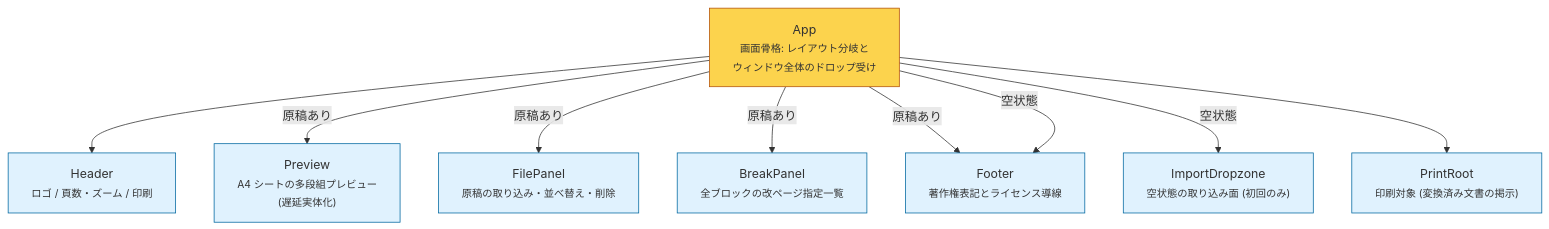
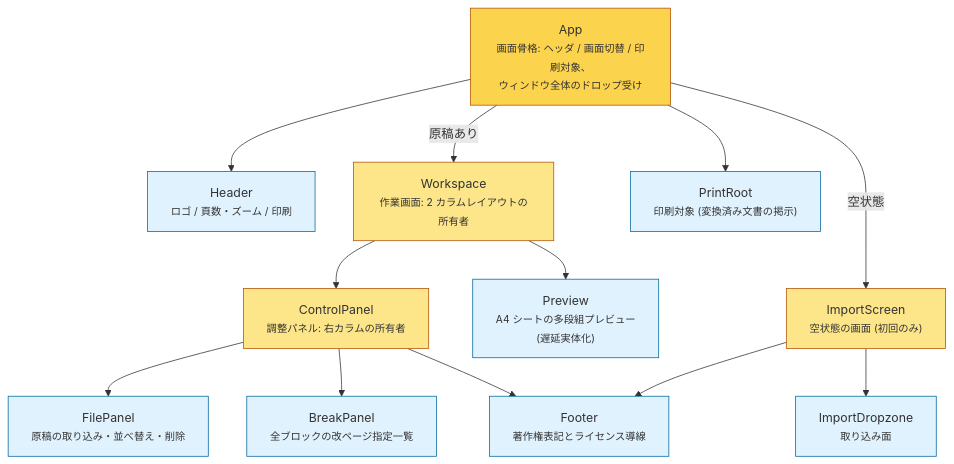
One commit to lacolaco/printmd changed the diagram in docs/component-tree.md. Above: the diagram before and after it, drawn with Mermaid. The commit also changed other lines of this file and 5 other files, not shown here.

````diff
--- a/docs/component-tree.md
+++ b/docs/component-tree.md
@@ -5,25 +5,33 @@
 ```mermaid
 flowchart TB
-  APP["App<br/><small>画面骨格: レイアウト分岐と<br/>ウィンドウ全体のドロップ受け</small>"]
+  APP["App<br/><small>画面骨格: ヘッダ / 画面切替 / 印刷対象、<br/>ウィンドウ全体のドロップ受け</small>"]
   HEADER["Header<br/><small>ロゴ / 頁数・ズーム / 印刷</small>"]
+  WS["Workspace<br/><small>作業画面: 2 カラムレイアウトの所有者</small>"]
+  IMPORT["ImportScreen<br/><small>空状態の画面 (初回のみ)</small>"]
   PREVIEW["Preview<br/><small>A4 シートの多段組プレビュー<br/>(遅延実体化)</small>"]
+  PANEL["ControlPanel<br/><small>調整パネル: 右カラムの所有者</small>"]
   FILEP["FilePanel<br/><small>原稿の取り込み・並べ替え・削除</small>"]
   BREAKP["BreakPanel<br/><small>全ブロックの改ページ指定一覧</small>"]
   FOOTER["Footer<br/><small>著作権表記とライセンス導線</small>"]
-  DROP["ImportDropzone<br/><small>空状態の取り込み面 (初回のみ)</small>"]
+  DROP["ImportDropzone<br/><small>取り込み面</small>"]
   PRINT["PrintRoot<br/><small>印刷対象 (変換済み文書の掲示)</small>"]
 
   APP --> HEADER
-  APP -->|"原稿あり"| PREVIEW
-  APP -->|"原稿あり"| FILEP
-  APP -->|"原稿あり"| BREAKP
-  APP -->|"原稿あり"| FOOTER
-  APP -->|"空状態"| DROP
-  APP -->|"空状態"| FOOTER
+  APP -->|"原稿あり"| WS
+  APP -->|"空状態"| IMPORT
   APP --> PRINT
+  WS --> PREVIEW
+  WS --> PANEL
+  PANEL --> FILEP
+  PANEL --> BREAKP
+  PANEL --> FOOTER
+  IMPORT --> DROP
+  IMPORT --> FOOTER
 
   classDef shell fill:#fcd34d,stroke:#b45309
+  classDef layout fill:#fde68a,stroke:#b45309
   classDef leaf fill:#e0f2fe,stroke:#0369a1
   class APP shell
+  class WS,PANEL,IMPORT layout
   class HEADER,PREVIEW,FILEP,BREAKP,FOOTER,DROP,PRINT leaf
 ```
````
